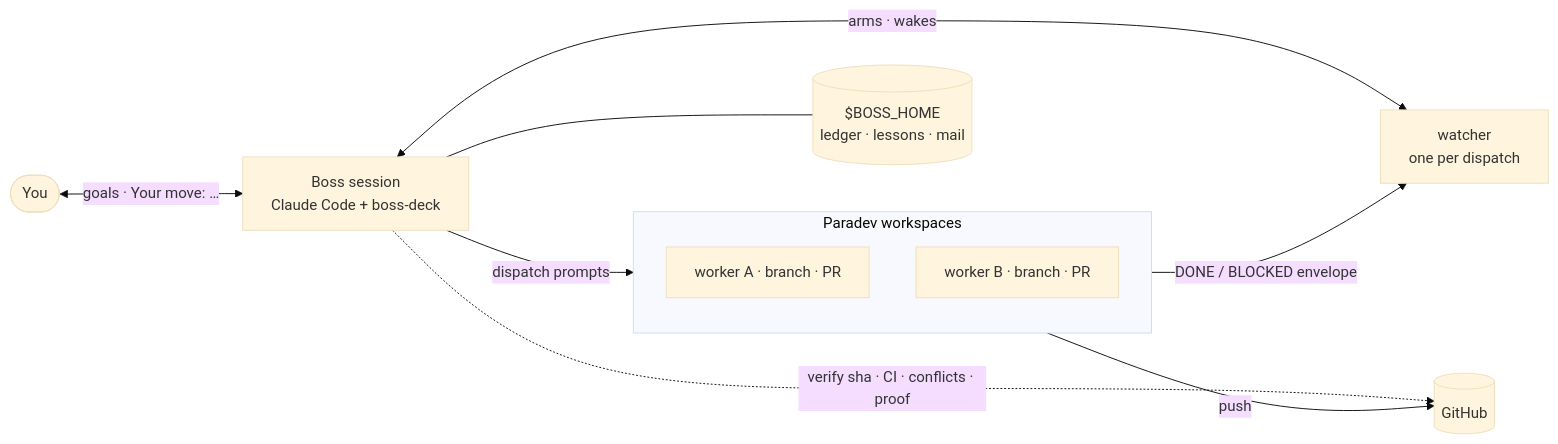
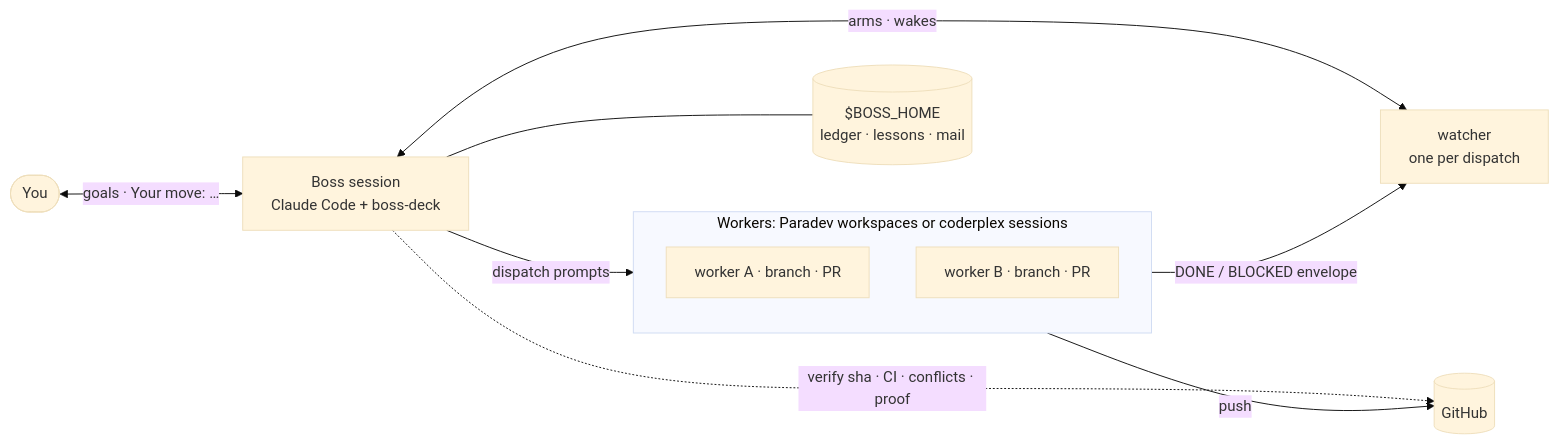
Before and after one commit to shlior7/boss-kit: the first of 2 diagrams in README.md, drawn with Mermaid (base theme). The commit also changed other lines of this file and 3 other files, not shown here.

````diff
--- a/README.md
+++ b/README.md
@@ -25,14 +25,14 @@
 ```mermaid
 flowchart LR
   you([You]) <-- "goals · Your move: …" --> boss["Boss session<br/>Claude Code + boss-deck"]
   boss -- dispatch prompts --> paradev
-  subgraph paradev [Paradev workspaces]
+  subgraph paradev [Workers: Paradev workspaces or coderplex sessions]
     A["worker A · branch · PR"]
     B["worker B · branch · PR"]
   end
   boss <-- "arms · wakes" --> W["watcher<br/>one per dispatch"]
   paradev -- "DONE / BLOCKED envelope" --> W
   paradev -- push --> GH[(GitHub)]
   boss -. "verify sha · CI · conflicts · proof" .-> GH
   boss --- data[("$BOSS_HOME<br/>ledger · lessons · mail")]
 ```
````
